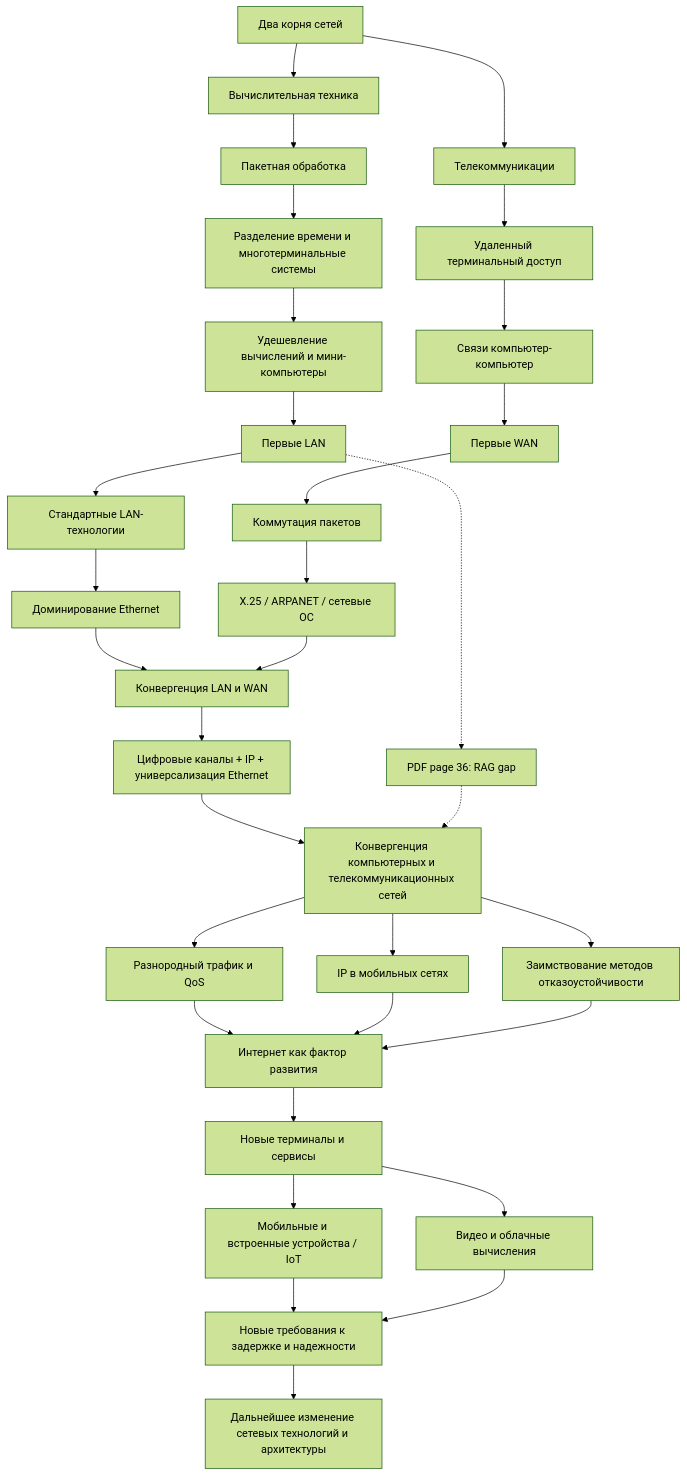
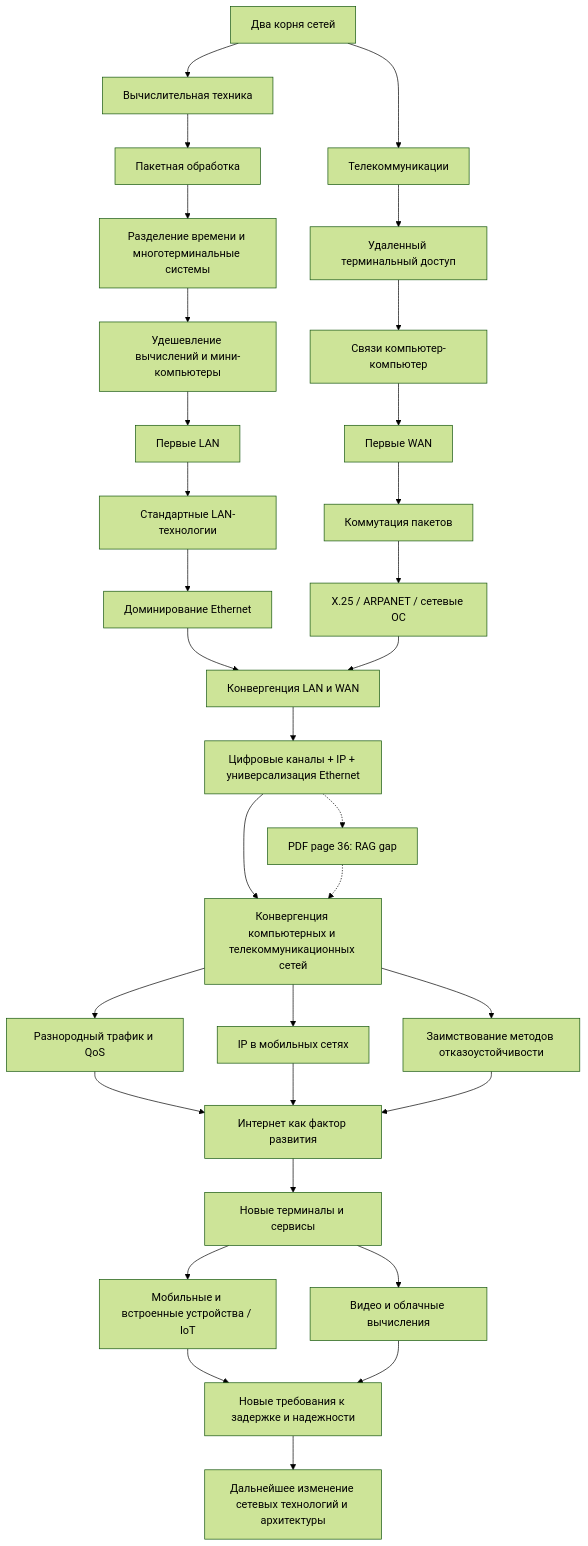
The diagram in books/computer-networks-olifer-6e-ru-2020/notes/chapters/chapter-01-evolution-computer-networks/diagram.md (ValentS1997/biblioteka-vsp), drawn with Mermaid (forest theme) before and after one commit.

Commit message:
docs(ch01): align RAG gap with convergence section

````diff
--- a/books/computer-networks-olifer-6e-ru-2020/notes/chapters/chapter-01-evolution-computer-networks/diagram.md
+++ b/books/computer-networks-olifer-6e-ru-2020/notes/chapters/chapter-01-evolution-computer-networks/diagram.md
@@ -3,40 +3,40 @@
 ```mermaid
 flowchart TD
     A[Два корня сетей] --> B[Вычислительная техника]
     A --> C[Телекоммуникации]
 
     B --> D[Пакетная обработка]
     D --> E[Разделение времени и многотерминальные системы]
     E --> F[Удешевление вычислений и мини-компьютеры]
     F --> G[Первые LAN]
     G --> H[Стандартные LAN-технологии]
     H --> I[Доминирование Ethernet]
 
     C --> J[Удаленный терминальный доступ]
     J --> K[Связи компьютер-компьютер]
     K --> L[Первые WAN]
     L --> M[Коммутация пакетов]
     M --> N[X.25 / ARPANET / сетевые ОС]
 
     I --> O[Конвергенция LAN и WAN]
     N --> O
     O --> P[Цифровые каналы + IP + универсализация Ethernet]
 
     P --> Q[Конвергенция компьютерных и телекоммуникационных сетей]
     Q --> R[Разнородный трафик и QoS]
     Q --> S[IP в мобильных сетях]
     Q --> T[Заимствование методов отказоустойчивости]
 
     R --> U[Интернет как фактор развития]
     S --> U
     T --> U
     U --> V[Новые терминалы и сервисы]
     V --> W[Мобильные и встроенные устройства / IoT]
     V --> X[Видео и облачные вычисления]
     W --> Y[Новые требования к задержке и надежности]
     X --> Y
     Y --> Z[Дальнейшее изменение сетевых технологий и архитектуры]
 
-    G -.-> AA[PDF page 36: RAG gap]
+    P -.-> AA[PDF page 36: RAG gap]
     AA -.-> Q
 ```
````
